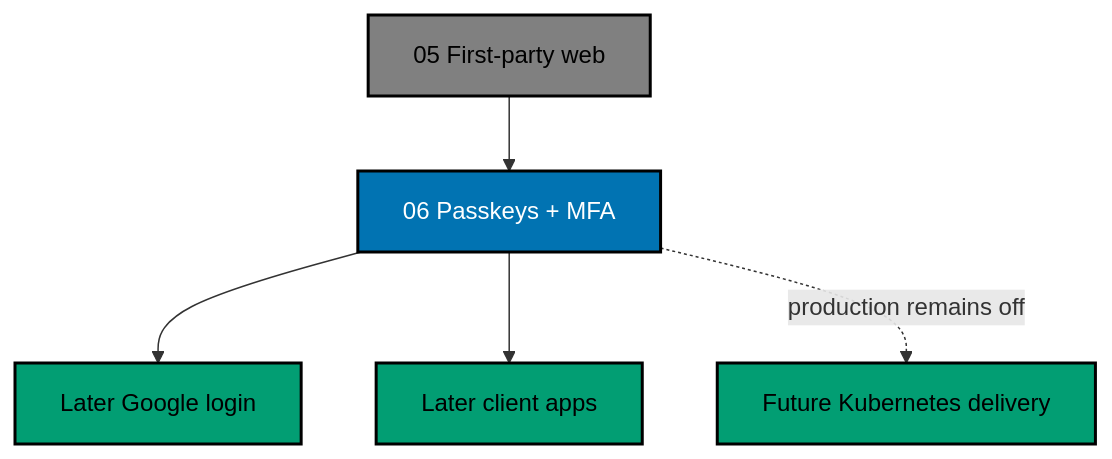
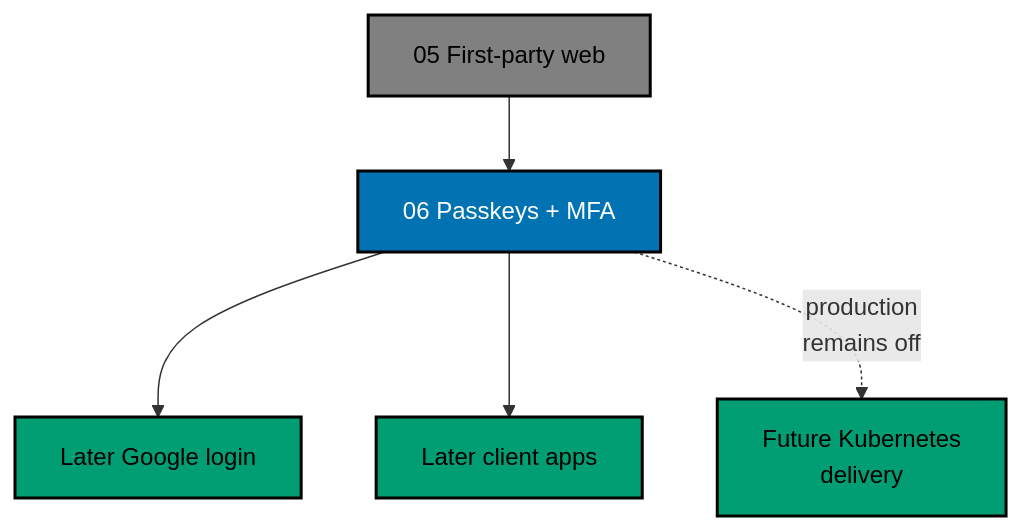
One commit to wahidyankf/ose-public changed the diagram in plans/backlog/ose-id-init-06-passkeys-and-mfa/README.md. Above: the diagram before and after it, drawn with Mermaid. The commit also changed 220 other files, not shown here.

First line of the commit message:
docs: split mermaid labels to 20 graphemes and add palette defaults

````diff
--- a/plans/backlog/ose-id-init-06-passkeys-and-mfa/README.md
+++ b/plans/backlog/ose-id-init-06-passkeys-and-mfa/README.md
@@ -36,17 +36,18 @@
 ```mermaid
 %% Color Palette: Blue #0173B2, Orange #DE8F05, Teal #029E73, Gray #808080
 flowchart TD
   accTitle: Init 06 dependency and result
   accDescr: The first-party email web from Init 05 enables passkey and MFA journeys. Init 06 completes local account hardening while the later Google provider and production deployment remain separate.
   A["05 First-party web"] --> B["06 Passkeys + MFA"]
   B --> C["Later Google login"]
   B --> D["Later client apps"]
-  B -. "production remains off" .-> E["Future Kubernetes delivery"]
+  B -. "production<br/>remains off" .-> E["Future Kubernetes<br/>delivery"]
 
   classDef prior fill:#808080,stroke:#000000,color:#000000,stroke-width:2px
   classDef current fill:#0173B2,stroke:#000000,color:#FFFFFF,stroke-width:2px
   classDef later fill:#029E73,stroke:#000000,color:#000000,stroke-width:2px
   class A prior
   class B current
   class C,D,E later
+  classDef default fill:#FFFFFF,stroke:#000000,color:#000000
 ```
````
